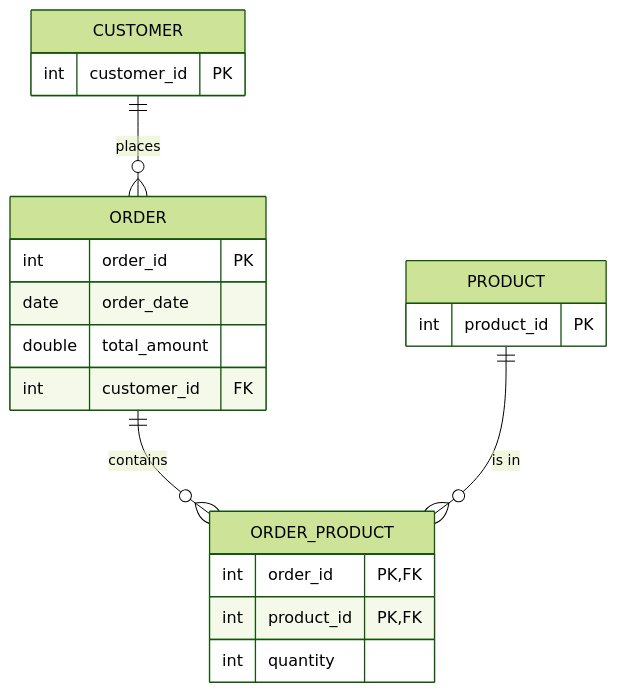
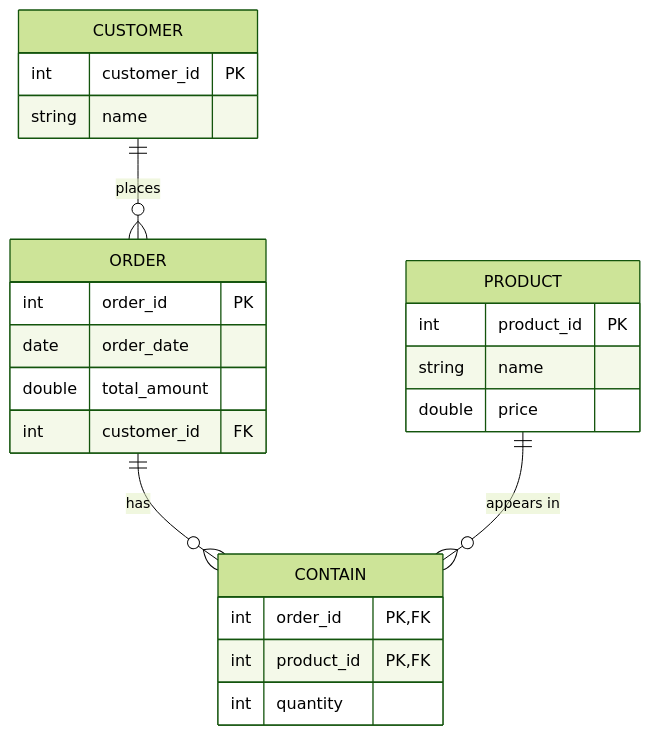
Before and after one commit to seanmanutnithya/obsidianVault: the third of 3 diagrams in System analyze and design/TP/TP-02.md, drawn with Mermaid (forest theme). The commit also changed other lines of this file, not shown here.

Commit message:
vault backup: 2026-10-20 08:55:36

````diff
--- a/System analyze and design/TP/TP-02.md
+++ b/System analyze and design/TP/TP-02.md
@@ -53,24 +53,27 @@
 ```mermaid
 erDiagram
     CUSTOMER ||--o{ ORDER : "places"
-    ORDER ||--o{ ORDER_PRODUCT : "contains"
-    PRODUCT ||--o{ ORDER_PRODUCT : "is in"
+    ORDER ||--o{ CONTAIN : "has"
+    PRODUCT ||--o{ CONTAIN : "appears in"
 
     CUSTOMER {
         int customer_id PK
+        string name
     }
     ORDER {
         int order_id PK
         date order_date
         double total_amount
         int customer_id FK
     }
     PRODUCT {
         int product_id PK
+        string name
+        double price
     }
-    ORDER_PRODUCT {
+    CONTAIN {
         int order_id PK, FK
         int product_id PK, FK
         int quantity
     }
 ```
````
